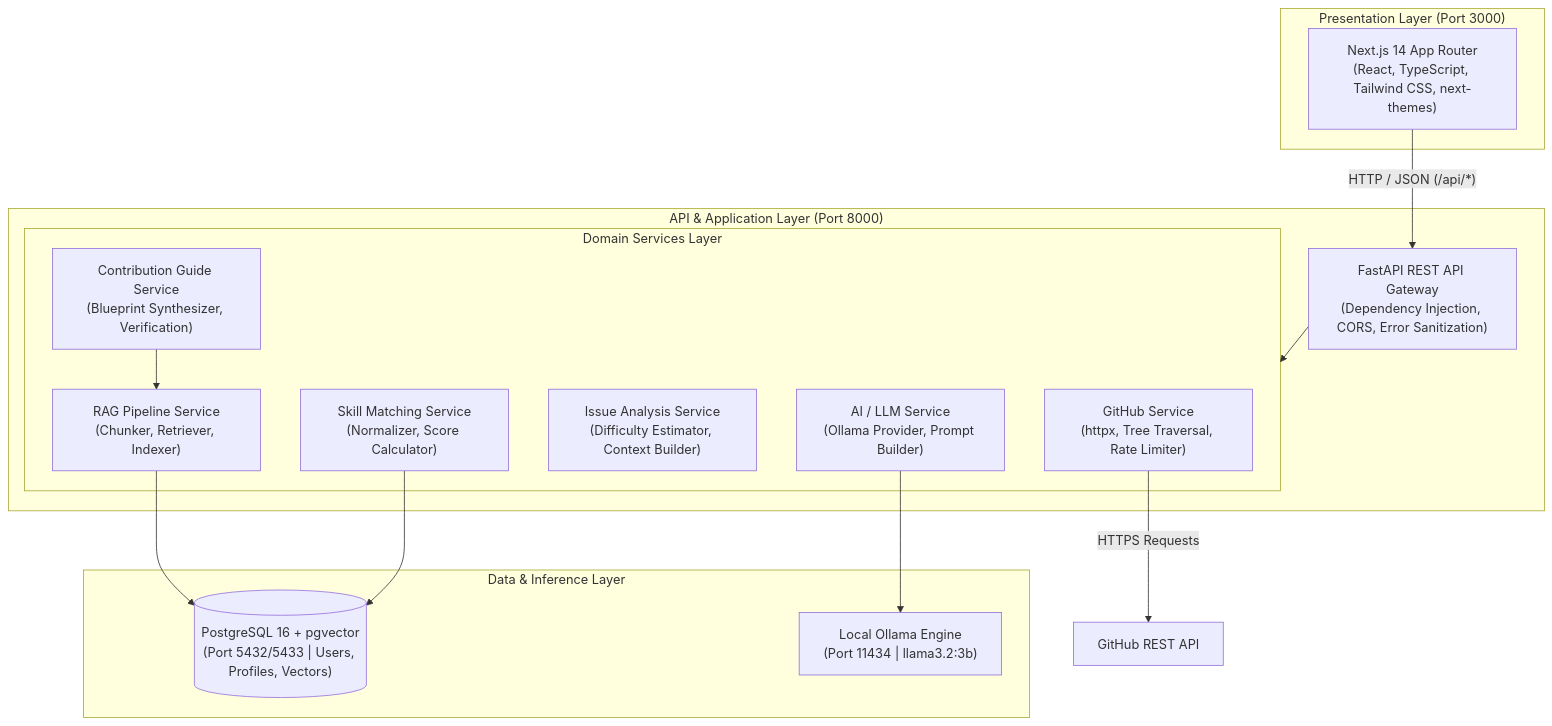
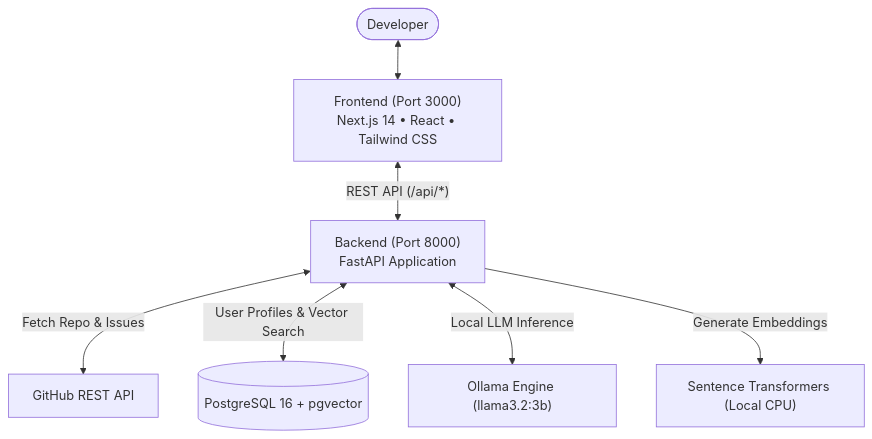
One commit to nikitaa-sharma/OpenCopilot changed the second of 4 diagrams in README.md. Above: the diagram before and after it, drawn with Mermaid. The commit also changed other lines of this file, not shown here.

````diff
--- a/README.md
+++ b/README.md
@@ -111,33 +89,10 @@
 ```mermaid
 flowchart TD
-    subgraph FrontendLayer["Presentation Layer (Port 3000)"]
-        NextJS["Next.js 14 App Router\n(React, TypeScript, Tailwind CSS, next-themes)"]
-    end
-
-    subgraph BackendLayer["API & Application Layer (Port 8000)"]
-        FastAPI["FastAPI REST API Gateway\n(Dependency Injection, CORS, Error Sanitization)"]
-        
-        subgraph ServicesLayer["Domain Services Layer"]
-            GitHubService["GitHub Service\n(httpx, Tree Traversal, Rate Limiter)"]
-            LLMService["AI / LLM Service\n(Ollama Provider, Prompt Builder)"]
-            IssueService["Issue Analysis Service\n(Difficulty Estimator, Context Builder)"]
-            SkillService["Skill Matching Service\n(Normalizer, Score Calculator)"]
-            GuideService["Contribution Guide Service\n(Blueprint Synthesizer, Verification)"]
-            RAGService["RAG Pipeline Service\n(Chunker, Retriever, Indexer)"]
-        end
-    end
-
-    subgraph StorageLayer["Data & Inference Layer"]
-        Postgres[("PostgreSQL 16 + pgvector\n(Port 5432/5433 | Users, Profiles, Vectors)")]
-        OllamaEngine["Local Ollama Engine\n(Port 11434 | llama3.2:3b)"]
-    end
-
-    NextJS -->|"HTTP / JSON (/api/*)"| FastAPI
-    FastAPI --> ServicesLayer
+    User(["Developer"]) <--> WebUI["Frontend (Port 3000)\nNext.js 14 • React • Tailwind CSS"]
+    WebUI <-->|"REST API (/api/*)"| Backend["Backend (Port 8000)\nFastAPI Application"]
     
-    GitHubService -->|"HTTPS Requests"| RemoteGitHub["GitHub REST API"]
-    RAGService --> Postgres
-    SkillService --> Postgres
-    GuideService --> RAGService
-    LLMService --> OllamaEngine
+    Backend <-->|"Fetch Repo & Issues"| GitHub["GitHub REST API"]
+    Backend <-->|"User Profiles & Vector Search"| Database[("PostgreSQL 16 + pgvector")]
+    Backend <-->|"Local LLM Inference"| Ollama["Ollama Engine (llama3.2:3b)"]
+    Backend -->|"Generate Embeddings"| Embedder["Sentence Transformers (Local CPU)"]
 ```
````
